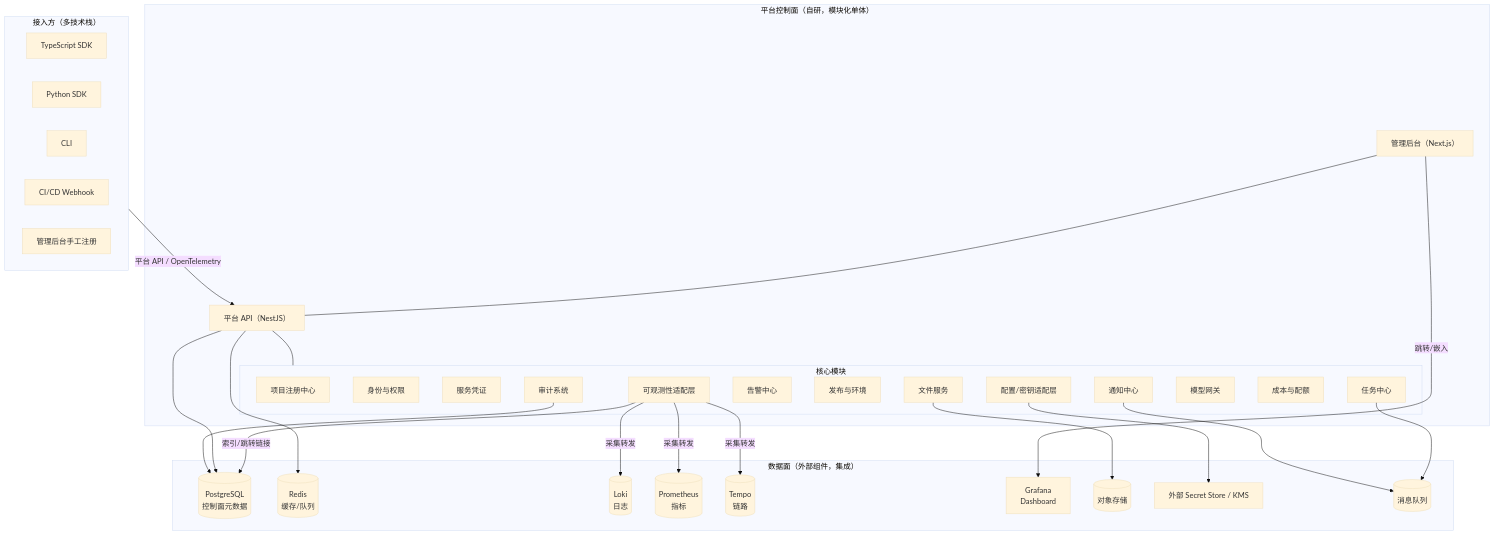
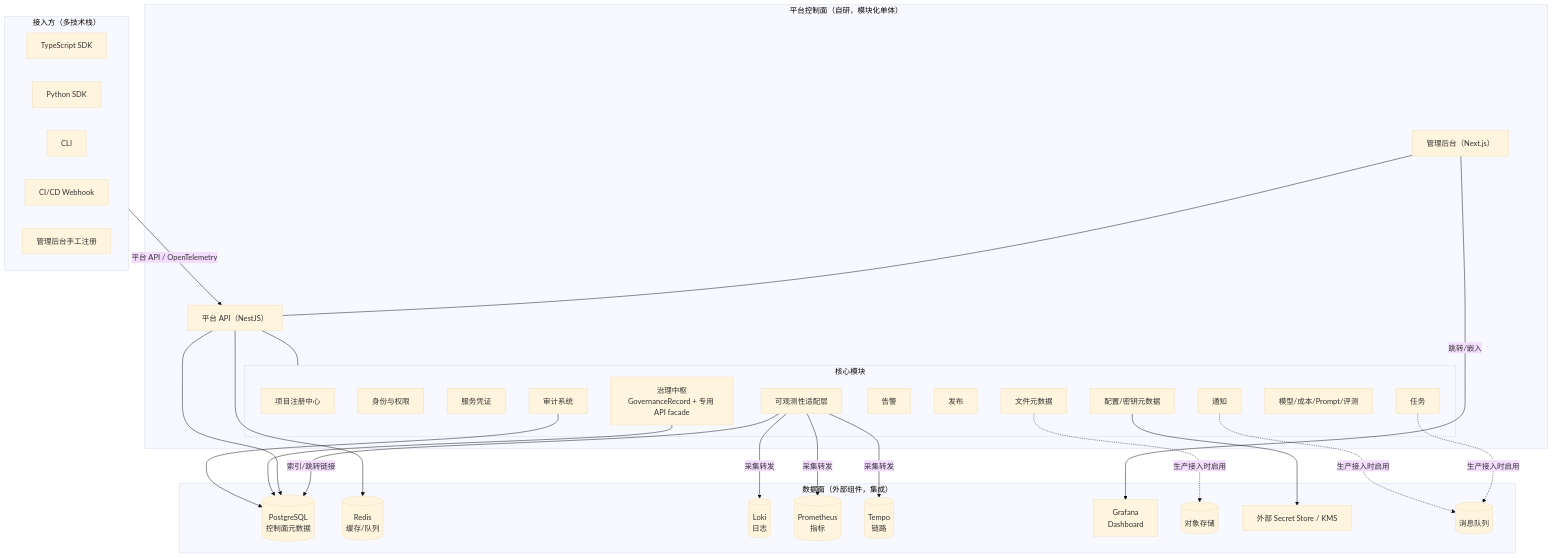
The diagram in docs/01-architecture.md (XueGang-AI/team-platform), drawn with Mermaid (base theme) before and after one commit. The commit also changed other lines of this file and 90 other files, not shown here.

````diff
--- a/docs/01-architecture.md
+++ b/docs/01-architecture.md
@@ -10,58 +10,59 @@
 ```mermaid
 flowchart TB
     subgraph 接入方["接入方（多技术栈）"]
         TS["TypeScript SDK"]
         PY["Python SDK"]
         CLI["CLI"]
         CI["CI/CD Webhook"]
         UI["管理后台手工注册"]
     end
 
     subgraph 控制面["平台控制面（自研，模块化单体）"]
         API["平台 API（NestJS）"]
         ADMIN["管理后台（Next.js）"]
         subgraph 核心模块
             REG["项目注册中心"]
             AUTH["身份与权限"]
             CRED["服务凭证"]
             OBS["可观测性适配层"]
-            CFG["配置/密钥适配层"]
-            ALERT["告警中心"]
-            REL["发布与环境"]
-            TASK["任务中心"]
-            FILE["文件服务"]
-            NOTIFY["通知中心"]
-            MODEL["模型网关"]
-            COST["成本与配额"]
+            GOV["治理中枢<br/>GovernanceRecord + 专用 API facade"]
+            CFG["配置/密钥元数据"]
+            ALERT["告警"]
+            REL["发布"]
+            TASK["任务"]
+            FILE["文件元数据"]
+            NOTIFY["通知"]
+            MODEL["模型/成本/Prompt/评测"]
             AUDIT["审计系统"]
         end
         API --- 核心模块
         ADMIN --- API
     end
 
     subgraph 数据面["数据面（外部组件，集成）"]
         PG[("PostgreSQL<br/>控制面元数据")]
         REDIS[("Redis<br/>缓存/队列")]
         LOKI[("Loki<br/>日志")]
         PROM[("Prometheus<br/>指标")]
         TEMPO[("Tempo<br/>链路")]
         GRAFANA["Grafana<br/>Dashboard"]
         S3[("对象存储")]
         SECRET["外部 Secret Store / KMS"]
         MQ[("消息队列")]
     end
 
     接入方 -->|"平台 API / OpenTelemetry"| API
     OBS -->|"采集转发"| LOKI
     OBS -->|"采集转发"| PROM
     OBS -->|"采集转发"| TEMPO
     OBS -->|"索引/跳转链接"| PG
     API --> PG
     API --> REDIS
     ADMIN -->|"跳转/嵌入"| GRAFANA
     CFG --> SECRET
-    FILE --> S3
-    TASK --> MQ
-    NOTIFY --> MQ
+    GOV --> PG
+    FILE -. "生产接入时启用" .-> S3
+    TASK -. "生产接入时启用" .-> MQ
+    NOTIFY -. "生产接入时启用" .-> MQ
     AUDIT --> PG
 ```
````
